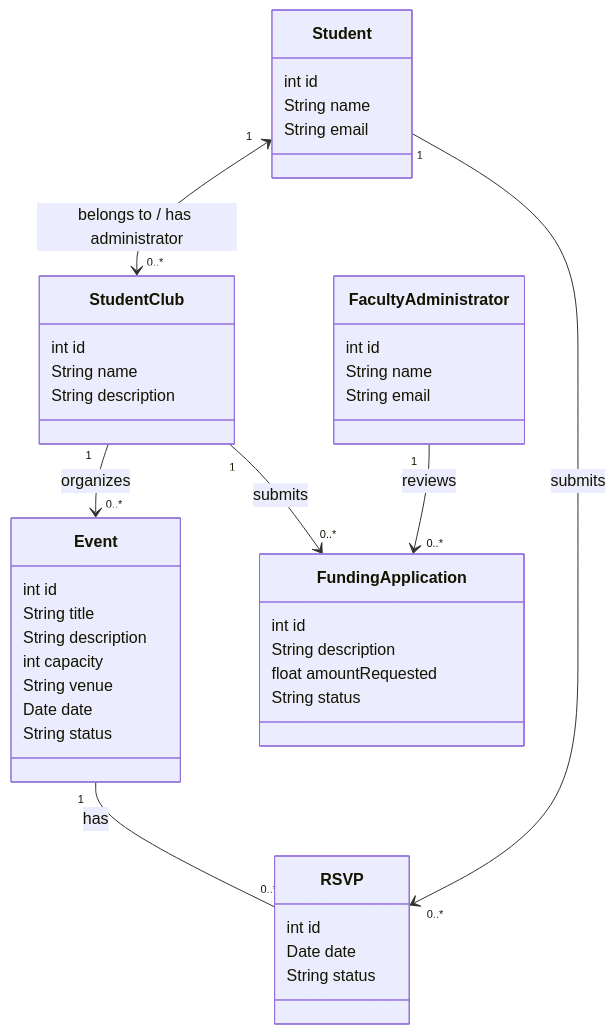
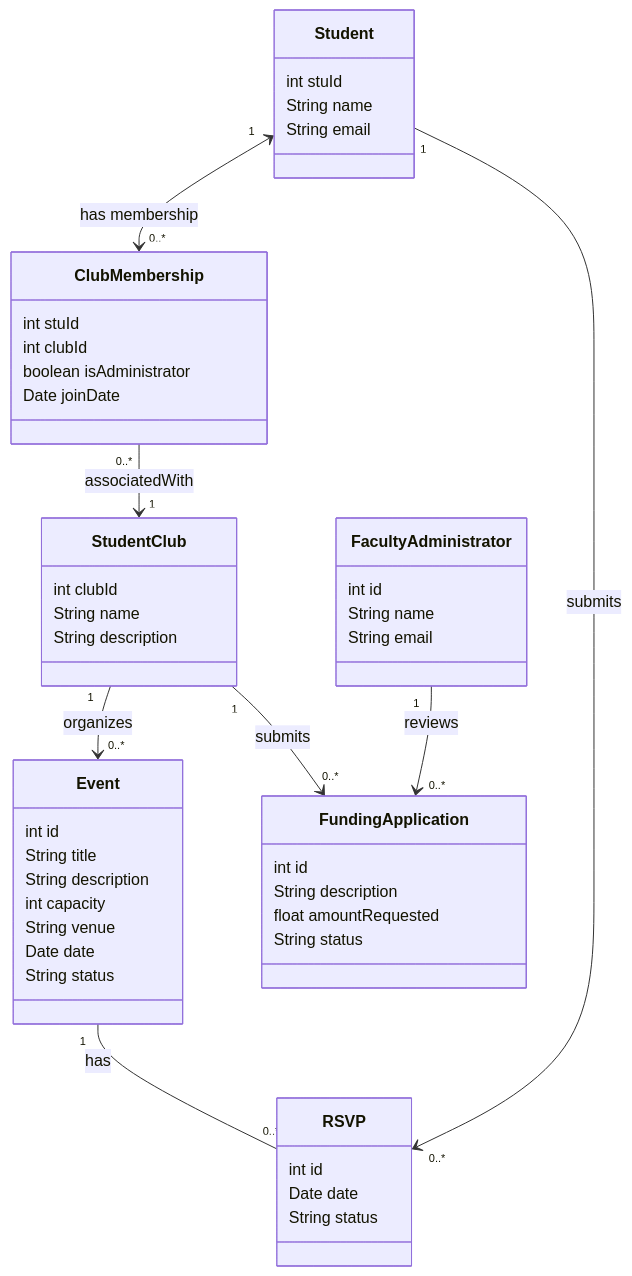
Before and after one commit to LiWinston/SDAMC: the diagram in DomainModel.mmd, drawn with Mermaid.

Commit message:
Domain model updated

```diff
--- a/DomainModel.mmd
+++ b/DomainModel.mmd
@@ -1,67 +1,75 @@
 classDiagram
-    Student "1" <--> "0..*" StudentClub : belongs to / has administrator
+    Student "1" <--> "0..*" ClubMembership : has membership
+    ClubMembership "0..*" --> "1" StudentClub : associatedWith
     StudentClub "1" --> "0..*" Event : organizes
     Event "1" -- "0..*" RSVP : has
     Student "1" --> "0..*" RSVP : submits
     StudentClub "1" --> "0..*" FundingApplication : submits
     FacultyAdministrator "1" --> "0..*" FundingApplication : reviews
 
     class Student {
-        int id
+        int stuId
         String name
         String email
-%%        viewEvents()
-%%        rsvpEvent(eventId)
-%%        cancelRSVP(eventId)
+    %%        viewEvents()
+    %%        rsvpEvent(eventId)
+    %%        cancelRSVP(eventId)
+    }
+
+    class ClubMembership {
+        int stuId
+        int clubId
+        boolean isAdministrator
+        Date joinDate
     }
 
     class StudentClub {
-        int id
+        int clubId
         String name
         String description
-%%        createEvent(title, description, venue, capacity)
-%%        editEvent(eventId, title, description, venue, capacity)
-%%        cancelEvent(eventId)
-%%        manageAdministrators(studentId, action)
-%%        viewFundingApplications()
+    %%        createEvent(title, description, venue, capacity)
+    %%        editEvent(eventId, title, description, venue, capacity)
+    %%        cancelEvent(eventId)
+    %%        manageAdministrators(studentId, action)
+    %%        viewFundingApplications()
     }
 
     class Event {
         int id
         String title
         String description
         int capacity
         String venue
         Date date
         String status
-%%        createRSVP(studentId)
-%%        editRSVP(rsvpId, newDetails)
-%%        cancelRSVP(rsvpId)
-%%        cancelEvent()
+    %%        createRSVP(studentId)
+    %%        editRSVP(rsvpId, newDetails)
+    %%        cancelRSVP(rsvpId)
+    %%        cancelEvent()
     }
 
     class RSVP {
         int id
         Date date
         String status
     }
 
     class FundingApplication {
         int id
         String description
         float amountRequested
         String status
-%%        createApplication(description, amountRequested)
-%%        editApplication(applicationId, newDetails)
-%%        cancelApplication(applicationId)
-%%        viewApplicationStatus()
+    %%        createApplication(description, amountRequested)
+    %%        editApplication(applicationId, newDetails)
+    %%        cancelApplication(applicationId)
+    %%        viewApplicationStatus()
     }
 
     class FacultyAdministrator {
         int id
         String name
         String email
-%%        approveApplication(applicationId)
-%%        rejectApplication(applicationId)
-%%        viewAllApplications()
+    %%        approveApplication(applicationId)
+    %%        rejectApplication(applicationId)
+    %%        viewAllApplications()
     }
```
